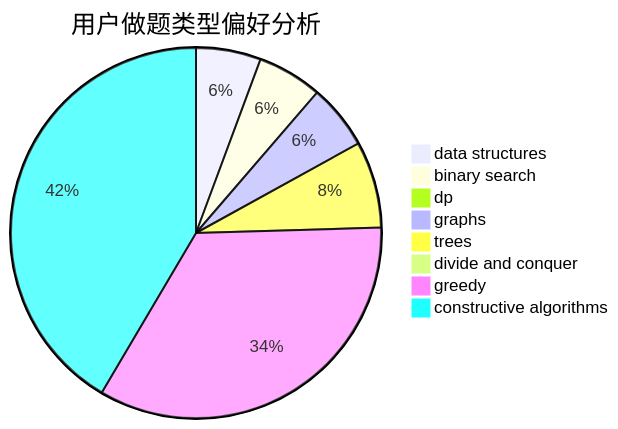
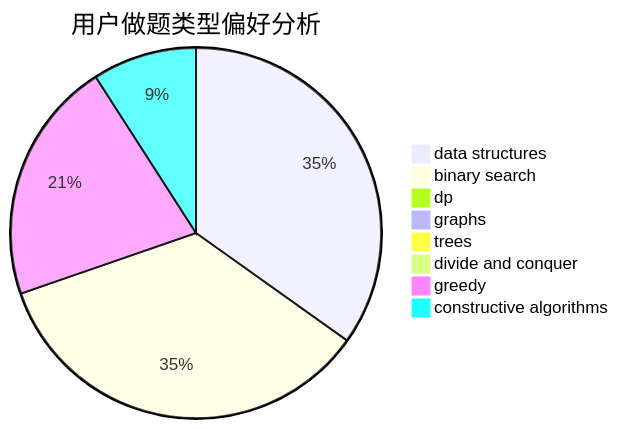
One commit to sherpahu/cfrs.github.io changed the second of 3 diagrams in docs/user/u629.md. Above: the diagram before and after it, drawn with Mermaid. The commit also changed other lines of this file and 2770 other files, not shown here.

````diff
--- a/docs/user/u629.md
+++ b/docs/user/u629.md
@@ -23,11 +23,11 @@
 ```mermaid
 pie title 用户做题类型偏好分析
-    "data structures" :  3
-    "binary search" :  3
+    "data structures" :  46
+    "binary search" :  46
     "dp" :  0
-    "graphs" :  3
-    "trees" :  4
+    "graphs" :  1
+    "trees" :  0
     "divide and conquer" :  0
-    "greedy" :  18
-    "constructive algorithms" :  22
+    "greedy" :  28
+    "constructive algorithms" :  12
 ```
````
